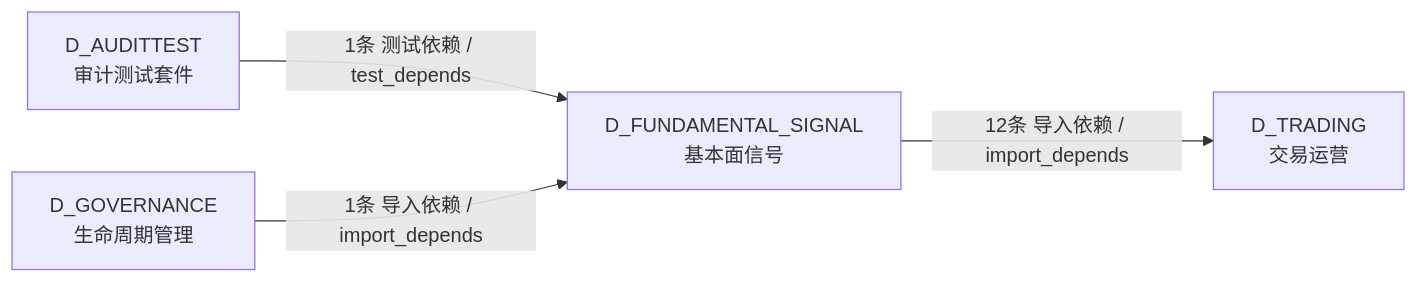
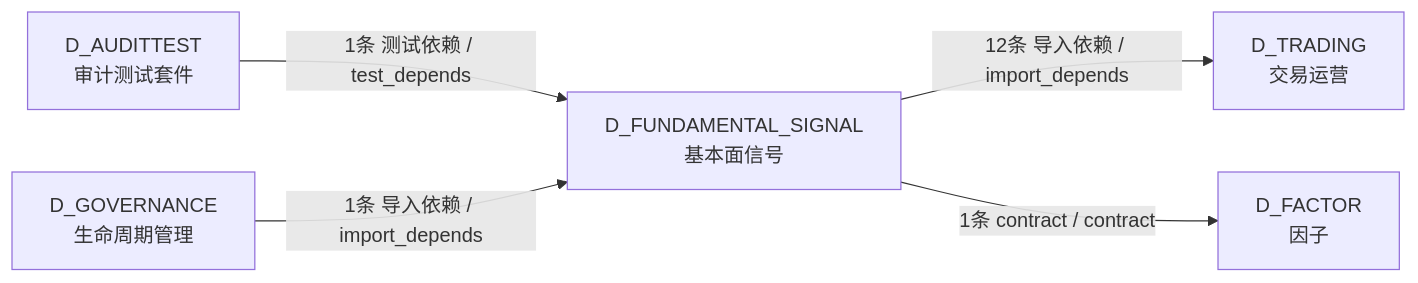
Before and after one commit to xuanFelixVan/ZephyrAlpha: the fourth of 4 diagrams in docs/02_enterprise_architecture/02_domain_architecture_docs/35_d_fundamental_signal.md, drawn with Mermaid. The commit also changed other lines of this file and 112 other files, not shown here.

````diff
--- a/docs/02_enterprise_architecture/02_domain_architecture_docs/35_d_fundamental_signal.md
+++ b/docs/02_enterprise_architecture/02_domain_architecture_docs/35_d_fundamental_signal.md
@@ -283,10 +288,12 @@
 ```mermaid
 graph LR
     D_FUNDAMENTAL_SIGNAL["D_FUNDAMENTAL_SIGNAL<br/>基本面信号"]
     D_TRADING["D_TRADING<br/>交易运营"]
+    D_FACTOR["D_FACTOR<br/>因子"]
     D_AUDITTEST["D_AUDITTEST<br/>审计测试套件"]
     D_GOVERNANCE["D_GOVERNANCE<br/>生命周期管理"]
     D_FUNDAMENTAL_SIGNAL -->|12条 导入依赖 / import_depends| D_TRADING
+    D_FUNDAMENTAL_SIGNAL -->|1条 contract / contract| D_FACTOR
     D_AUDITTEST -->|1条 测试依赖 / test_depends| D_FUNDAMENTAL_SIGNAL
     D_GOVERNANCE -->|1条 导入依赖 / import_depends| D_FUNDAMENTAL_SIGNAL
 ```
````
